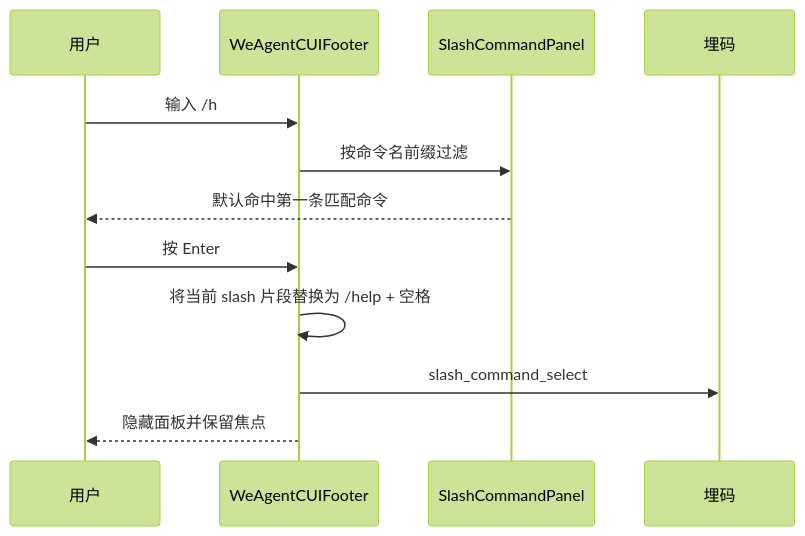
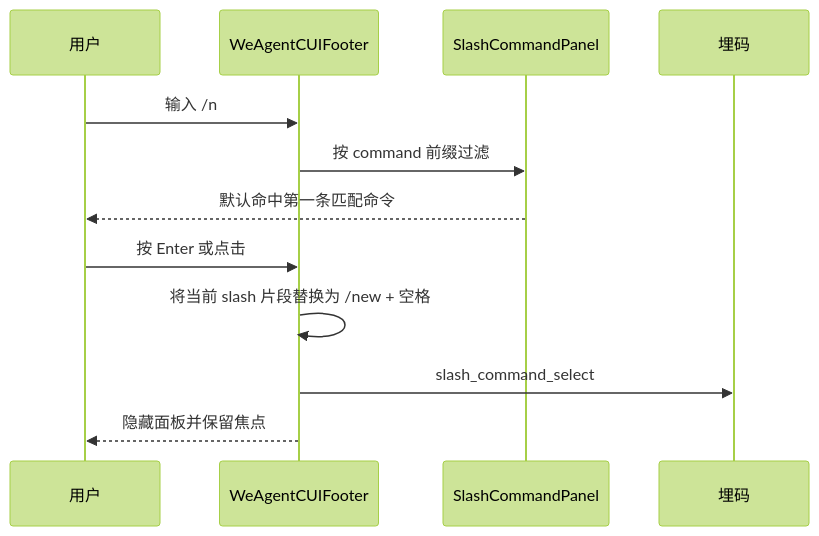
Before and after one commit to Abelsjcheng/skillSDK: the third of 3 diagrams in ai-chat-viewer/docs/plans/2026-06-04-slash-command-suggestion-plan.md, drawn with Mermaid (forest theme). The commit also changed other lines of this file, not shown here.

Commit message:
docs(frontend): update slash command suggestion plan

````diff
--- a/ai-chat-viewer/docs/plans/2026-06-04-slash-command-suggestion-plan.md
+++ b/ai-chat-viewer/docs/plans/2026-06-04-slash-command-suggestion-plan.md
@@ -96,15 +107,15 @@
 ```mermaid
 sequenceDiagram
     participant User as 用户
     participant Footer as WeAgentCUIFooter
     participant Panel as SlashCommandPanel
     participant UEM as 埋码
 
-    User->>Footer: 输入 /h
-    Footer->>Panel: 按命令名前缀过滤
+    User->>Footer: 输入 /n
+    Footer->>Panel: 按 command 前缀过滤
     Panel-->>User: 默认命中第一条匹配命令
-    User->>Footer: 按 Enter
-    Footer->>Footer: 将当前 slash 片段替换为 /help + 空格
+    User->>Footer: 按 Enter 或点击
+    Footer->>Footer: 将当前 slash 片段替换为 /new + 空格
     Footer->>UEM: slash_command_select
     Footer-->>User: 隐藏面板并保留焦点
 ```
````
